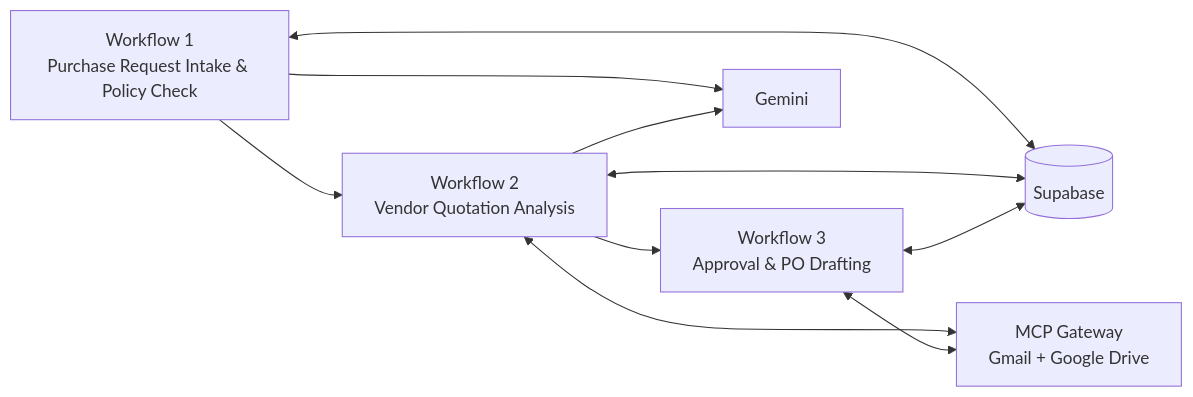
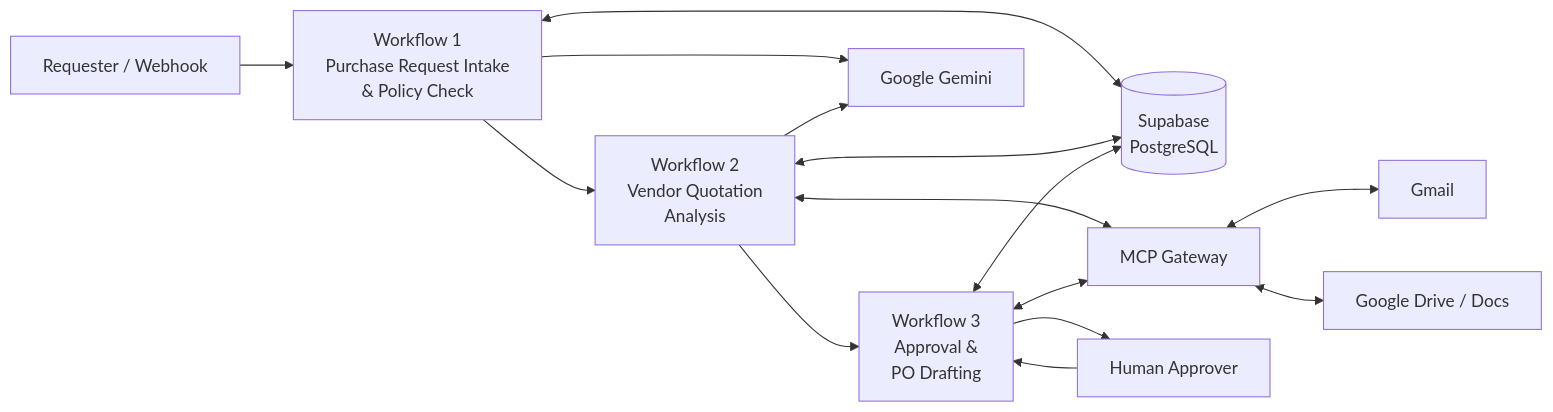
One commit to HaleemaFatima/Procurea changed the diagram in README.md. Above: the diagram before and after it, drawn with Mermaid. The commit also changed other lines of this file, not shown here.

````diff
--- a/README.md
+++ b/README.md
@@ -7,19 +57,35 @@
 ```mermaid
 flowchart LR
-    A[Workflow 1<br/>Purchase Request Intake & Policy Check]
-    B[Workflow 2<br/>Vendor Quotation Analysis]
-    C[Workflow 3<br/>Approval & PO Drafting]
-    M[MCP Gateway<br/>Gmail + Google Drive]
-    S[(Supabase)]
-    G[Gemini]
+    U[Requester / Webhook]
 
-    A --> B
-    B --> C
-    A <--> S
-    B <--> S
-    C <--> S
-    A --> G
-    B --> G
-    B <--> M
-    C <--> M
+    W1[Workflow 1<br/>Purchase Request Intake<br/>& Policy Check]
+    W2[Workflow 2<br/>Vendor Quotation<br/>Analysis]
+    W3[Workflow 3<br/>Approval &<br/>PO Drafting]
+
+    DB[(Supabase<br/>PostgreSQL)]
+    AI[Google Gemini]
+    MCP[MCP Gateway]
+    GM[Gmail]
+    GD[Google Drive / Docs]
+    H[Human Approver]
+
+    U --> W1
+    W1 --> W2
+    W2 --> W3
+
+    W1 <--> DB
+    W2 <--> DB
+    W3 <--> DB
+
+    W1 --> AI
+    W2 --> AI
+
+    W2 <--> MCP
+    W3 <--> MCP
+
+    MCP <--> GM
+    MCP <--> GD
+
+    W3 --> H
+    H --> W3
 ```
````
